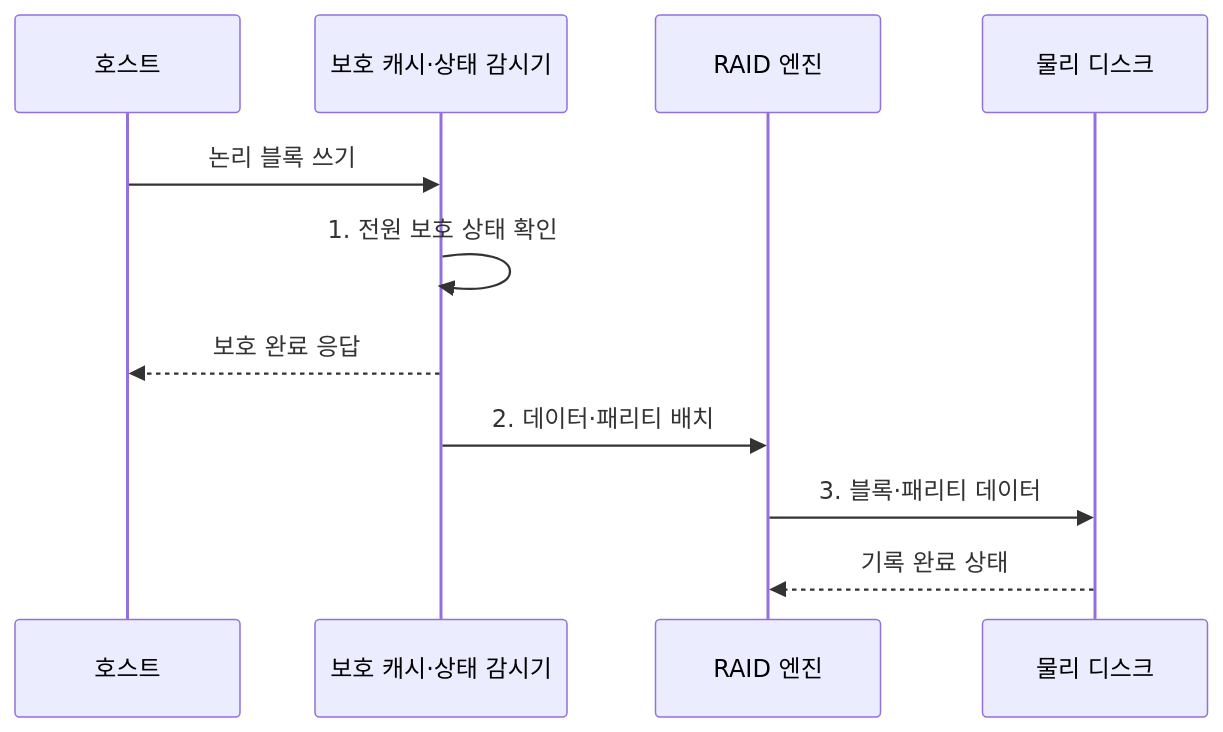
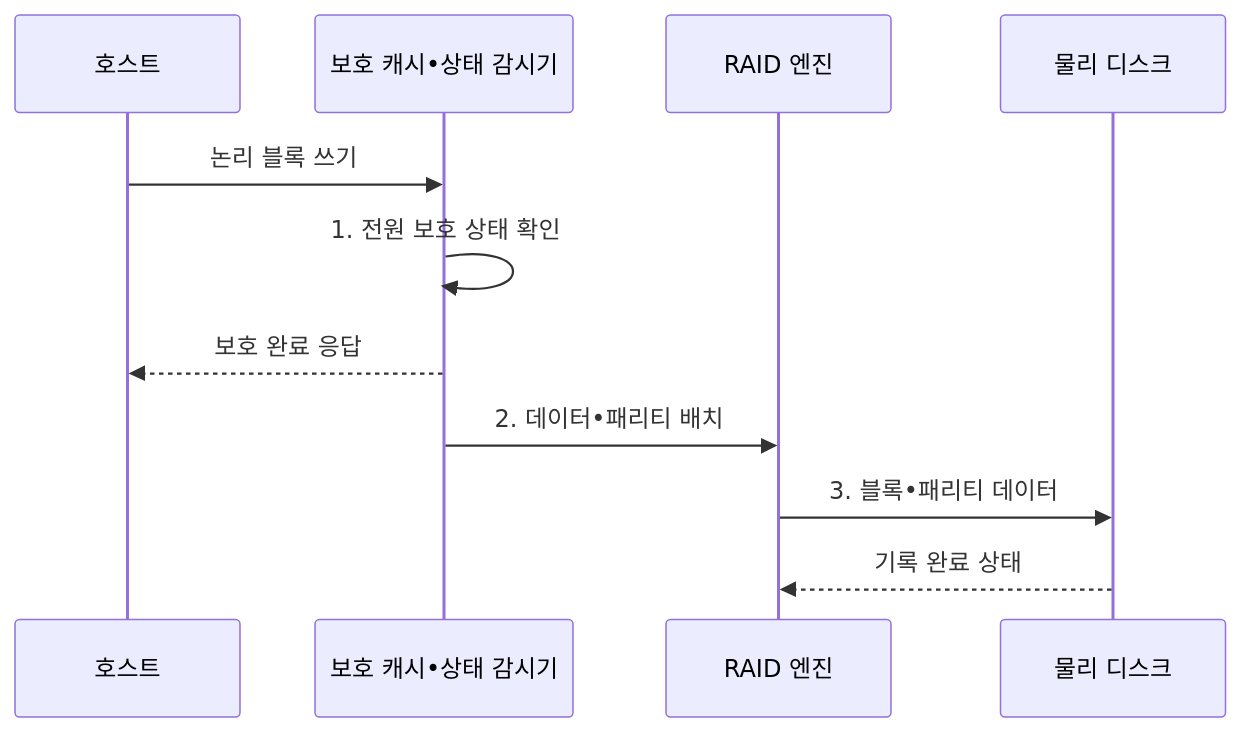
One commit to agnusdei1207/knowledge-base changed the second of 2 diagrams in src/content/docs/notes/02-hardware/092_raid_controller_jbod.md. Above: the diagram before and after it, drawn with Mermaid. The commit also changed other lines of this file and 953 other files, not shown here.

````diff
--- a/src/content/docs/notes/02-hardware/092_raid_controller_jbod.md
+++ b/src/content/docs/notes/02-hardware/092_raid_controller_jbod.md
@@ -99,13 +99,13 @@
 ```mermaid
 sequenceDiagram
     participant H as 호스트
-    participant C as 보호 캐시·상태 감시기
+    participant C as 보호 캐시•상태 감시기
     participant E as RAID 엔진
     participant D as 물리 디스크
     H->>C: 논리 블록 쓰기
     C->>C: 1. 전원 보호 상태 확인
     C-->>H: 보호 완료 응답
-    C->>E: 2. 데이터·패리티 배치
-    E->>D: 3. 블록·패리티 데이터
+    C->>E: 2. 데이터•패리티 배치
+    E->>D: 3. 블록•패리티 데이터
     D-->>E: 기록 완료 상태
 ```
````
